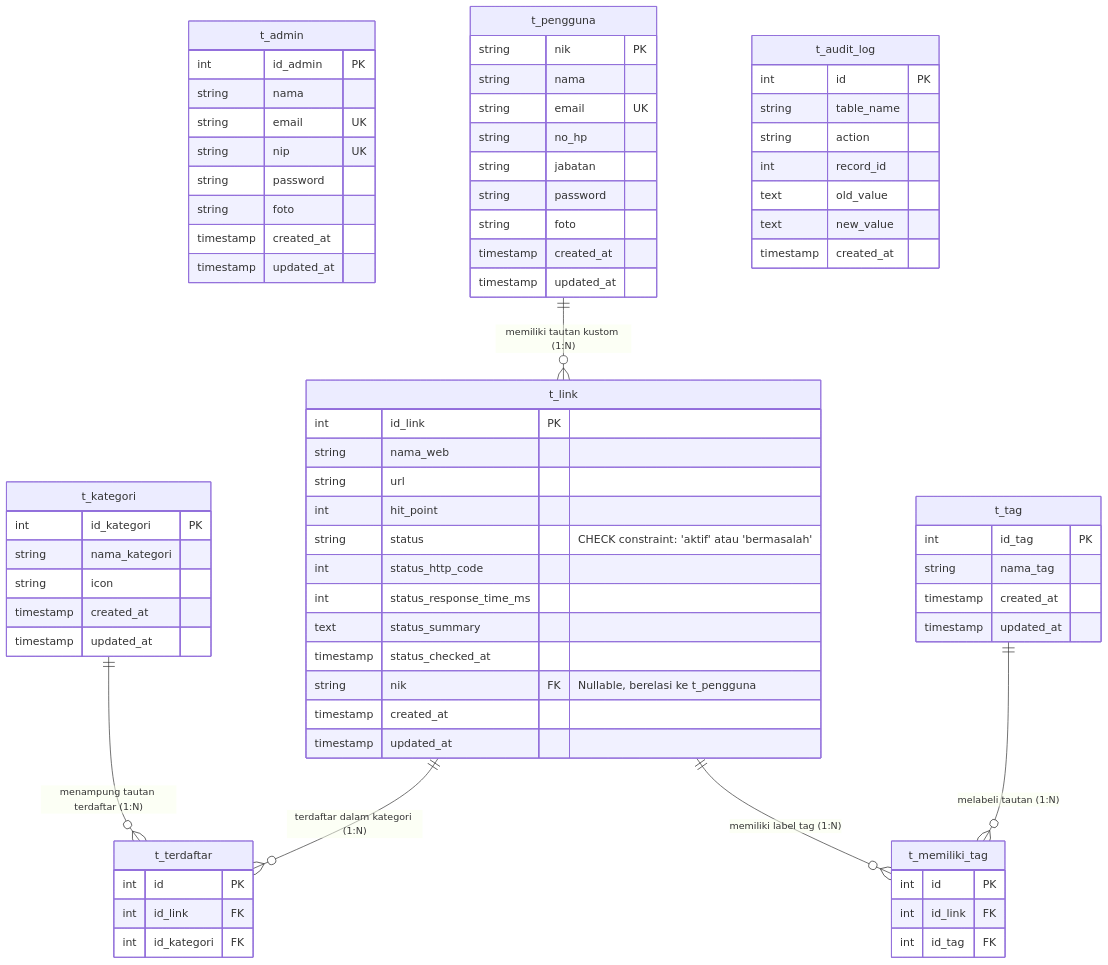
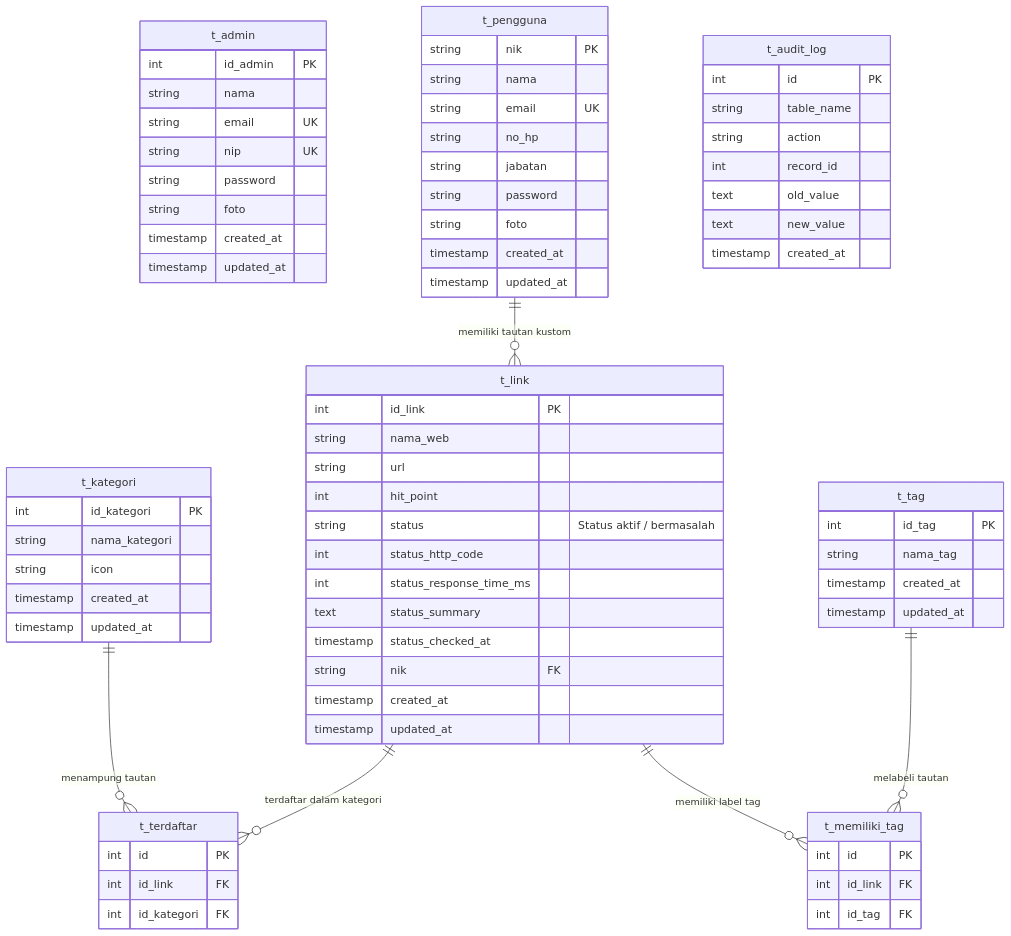
The third of 3 diagrams in explainationfungsi.md (nizan12/portal-web), drawn with Mermaid before and after one commit. The commit also changed other lines of this file, not shown here.

Commit message:
docs: remove emojis and refine Mermaid label sizes to prevent layout truncation on GitHub

````diff
--- a/explainationfungsi.md
+++ b/explainationfungsi.md
@@ -144,12 +144,12 @@
         string nama_web
         string url
         int hit_point
-        string status "CHECK constraint: 'aktif' atau 'bermasalah'"
+        string status "Status aktif / bermasalah"
         int status_http_code
         int status_response_time_ms
         text status_summary
         timestamp status_checked_at
-        string nik FK "Nullable, berelasi ke t_pengguna"
+        string nik FK
         timestamp created_at
         timestamp updated_at
     }
@@ -183,9 +183,9 @@
         timestamp created_at
     }
 
-    t_pengguna ||--o{ t_link : "memiliki tautan kustom (1:N)"
-    t_link ||--o{ t_terdaftar : "terdaftar dalam kategori (1:N)"
-    t_kategori ||--o{ t_terdaftar : "menampung tautan terdaftar (1:N)"
-    t_link ||--o{ t_memiliki_tag : "memiliki label tag (1:N)"
-    t_tag ||--o{ t_memiliki_tag : "melabeli tautan (1:N)"
+    t_pengguna ||--o{ t_link : "memiliki tautan kustom"
+    t_link ||--o{ t_terdaftar : "terdaftar dalam kategori"
+    t_kategori ||--o{ t_terdaftar : "menampung tautan"
+    t_link ||--o{ t_memiliki_tag : "memiliki label tag"
+    t_tag ||--o{ t_memiliki_tag : "melabeli tautan"
 ```
````
